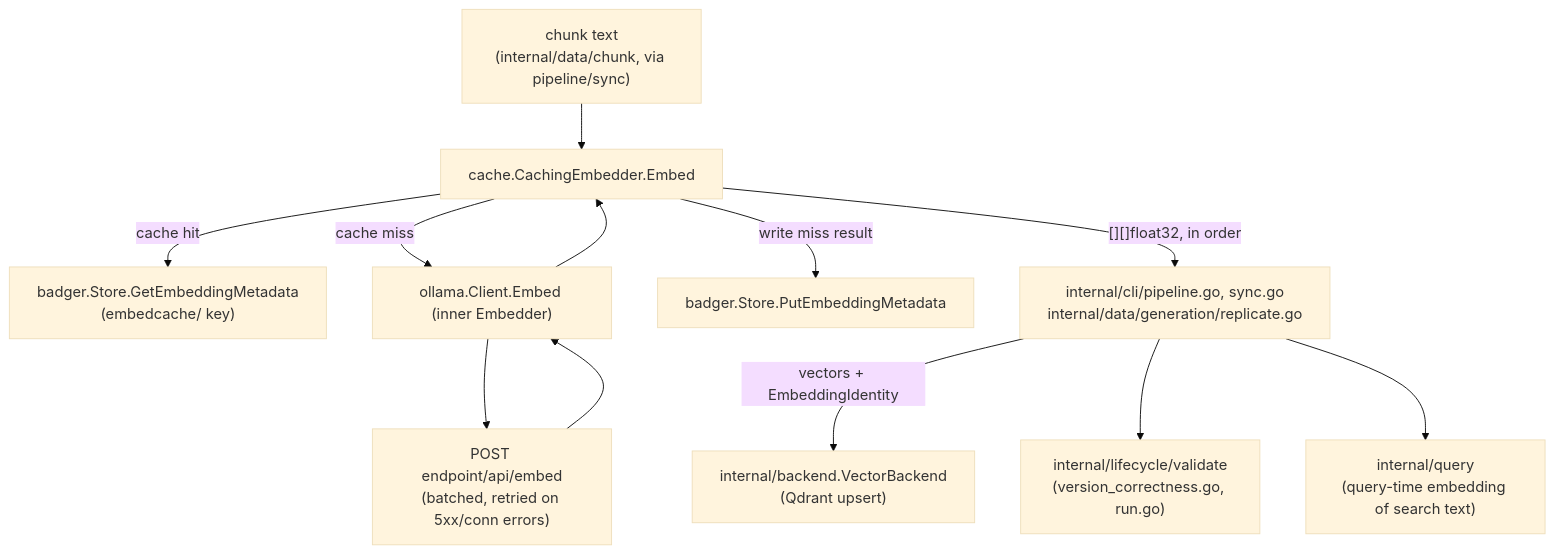
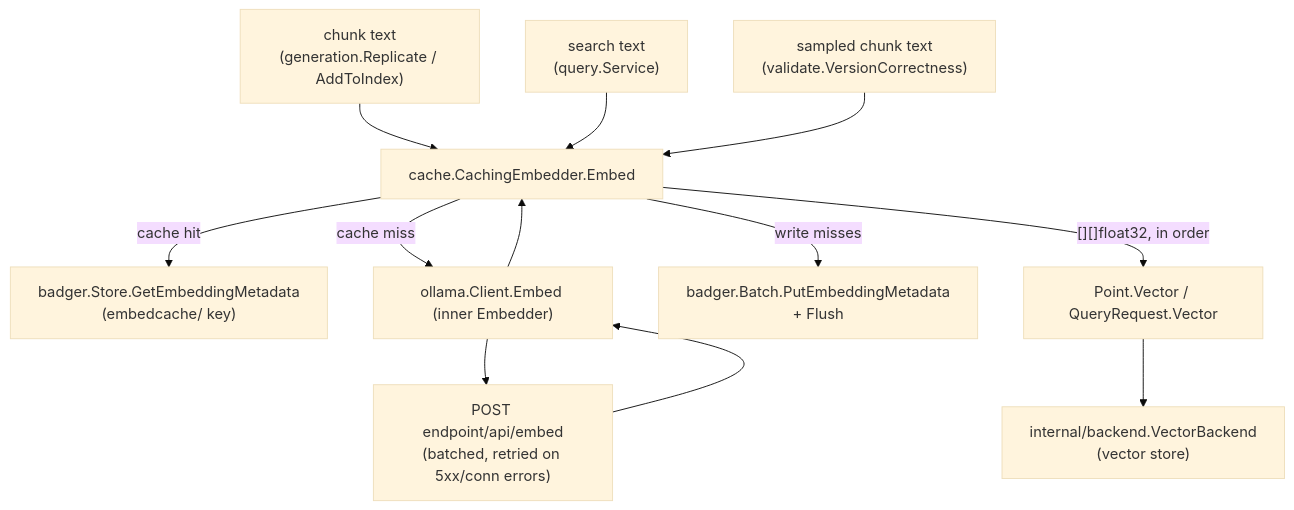
One commit to aleutian-ai/depctl changed the diagram in docs/internal/embedding.md. Above: the diagram before and after it, drawn with Mermaid (base theme). The commit also changed other lines of this file and 114 other files, not shown here.

Commit message:
v0.3.1: per-generation layout shrinks keyword.db ~4x and vectors.db ~2.5x (auto-converted); scope latest/all-retained search to the active build; docs pass at package, project and repo level

````diff
--- a/docs/internal/embedding.md
+++ b/docs/internal/embedding.md
@@ -28,14 +32,14 @@
 ```mermaid
 flowchart TD
-    Chunks["chunk text\n(internal/data/chunk, via pipeline/sync)"] --> Cache["cache.CachingEmbedder.Embed"]
+    Chunks["chunk text\n(generation.Replicate / AddToIndex)"] --> Cache["cache.CachingEmbedder.Embed"]
+    QueryText["search text\n(query.Service)"] --> Cache
+    Sample["sampled chunk text\n(validate.VersionCorrectness)"] --> Cache
     Cache -->|cache hit| BadgerRead["badger.Store.GetEmbeddingMetadata\n(embedcache/ key)"]
     Cache -->|cache miss| Inner["ollama.Client.Embed (inner Embedder)"]
     Inner --> HTTP["POST endpoint/api/embed\n(batched, retried on 5xx/conn errors)"]
     HTTP --> Inner
     Inner --> Cache
-    Cache -->|write miss result| BadgerWrite["badger.Store.PutEmbeddingMetadata"]
-    Cache -->|"[][]float32, in order"| Callers["internal/cli/pipeline.go, sync.go\ninternal/data/generation/replicate.go"]
-    Callers -->|vectors + EmbeddingIdentity| Backend["internal/backend.VectorBackend\n(Qdrant upsert)"]
-    Callers --> Validate["internal/lifecycle/validate\n(version_correctness.go, run.go)"]
-    Callers --> Query["internal/query\n(query-time embedding of search text)"]
+    Cache -->|write misses| BadgerWrite["badger.Batch.PutEmbeddingMetadata\n+ Flush"]
+    Cache -->|"[][]float32, in order"| Callers["Point.Vector / QueryRequest.Vector"]
+    Callers --> Backend["internal/backend.VectorBackend\n(vector store)"]
 ```
````
